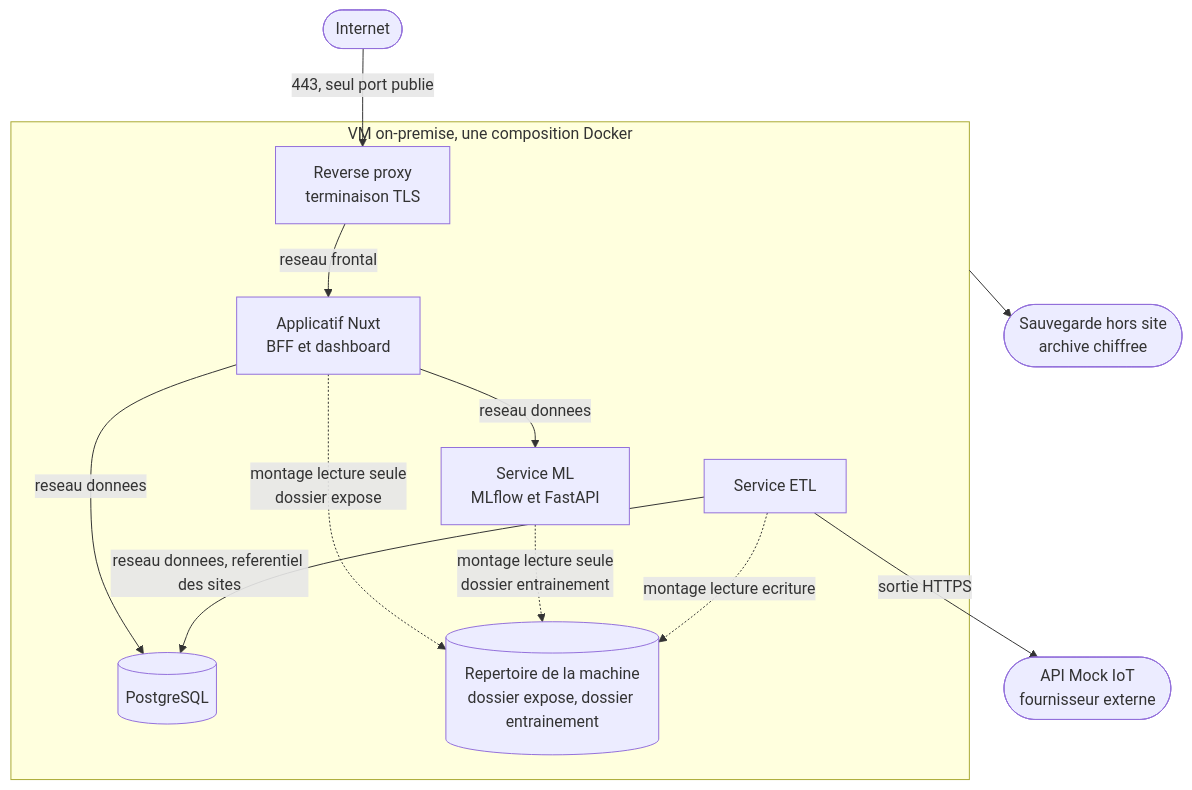
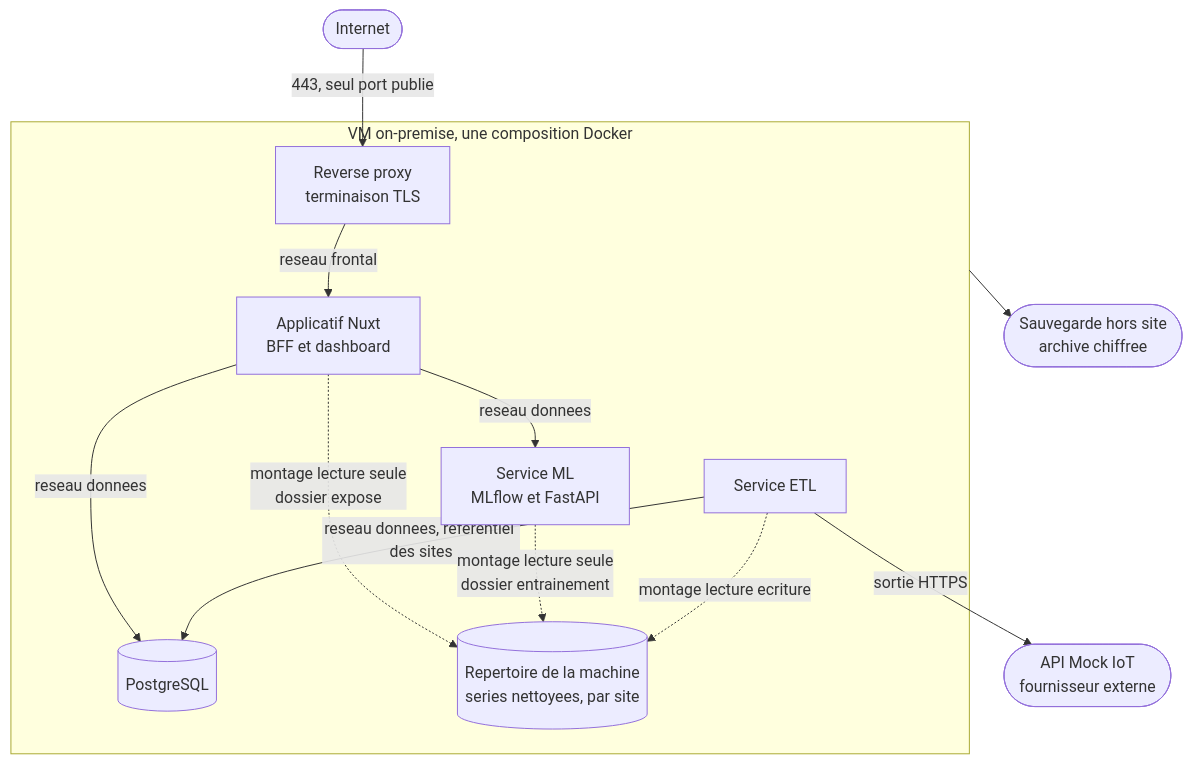
One commit to AlexRovere/smart-energy-optimizer changed the third of 4 diagrams in docs/architecture.md. Above: the diagram before and after it, drawn with Mermaid. The commit also changed other lines of this file and 3 other files, not shown here.

````diff
--- a/docs/architecture.md
+++ b/docs/architecture.md
@@ -87,26 +87,26 @@
 ```mermaid
 flowchart TB
     NET(["Internet"]) -->|"443, seul port publie"| RP
     MOCK(["API Mock IoT<br/>fournisseur externe"])
     BK(["Sauvegarde hors site<br/>archive chiffree"])
 
     subgraph VM["VM on-premise, une composition Docker"]
         RP["Reverse proxy<br/>terminaison TLS"]
         APP["Applicatif Nuxt<br/>BFF et dashboard"]
         PG[("PostgreSQL")]
         ML["Service ML<br/>MLflow et FastAPI"]
         ETL["Service ETL"]
-        VOL[("Repertoire de la machine<br/>dossier expose, dossier entrainement")]
+        VOL[("Repertoire de la machine<br/>series nettoyees, par site")]
 
         RP -->|"reseau frontal"| APP
         APP -->|"reseau donnees"| PG
         APP -->|"reseau donnees"| ML
         ETL -->|"reseau donnees, referentiel des sites"| PG
         APP -.->|"montage lecture seule<br/>dossier expose"| VOL
         ML -.->|"montage lecture seule<br/>dossier entrainement"| VOL
         ETL -.->|"montage lecture ecriture"| VOL
     end
 
     ETL -->|"sortie HTTPS"| MOCK
     VM --> BK
 ```
````
